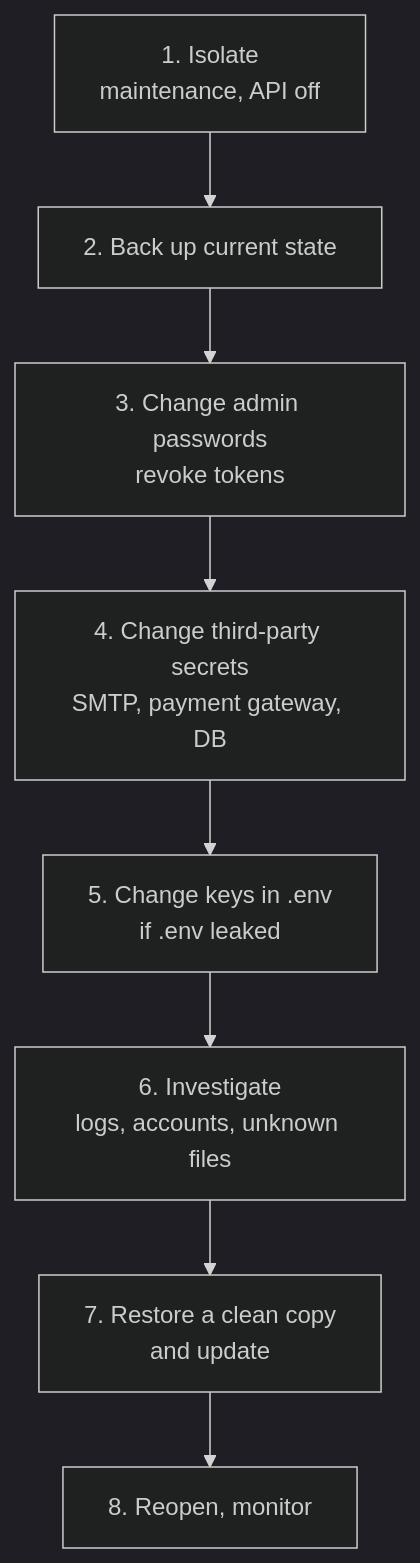
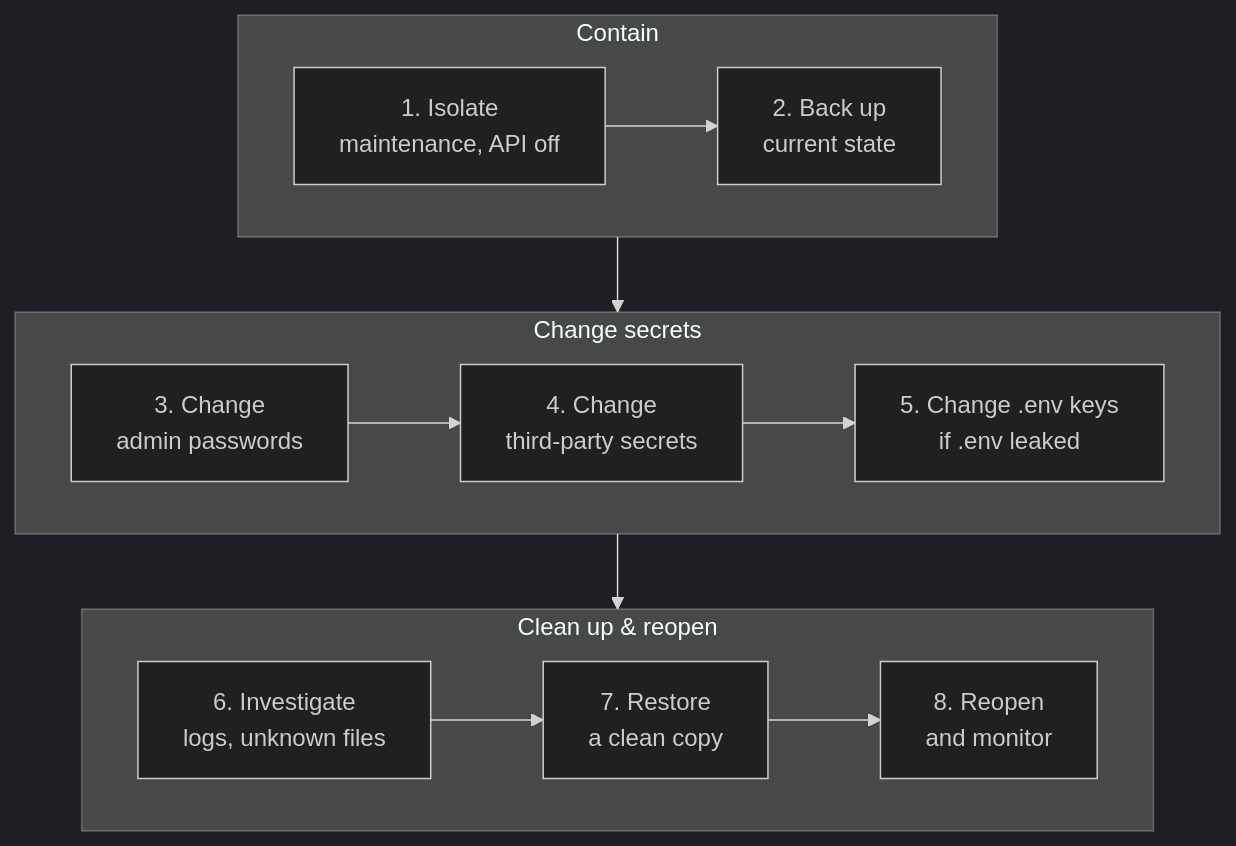
Before and after one commit to gp247net/gp247-docs: the second of 2 diagrams in security/security-updates-and-incidents.md, drawn with Mermaid (dark theme). The commit also changed 44 other files, not shown here.

First line of the commit message:
docs: redraw oversized diagrams in security, API and MCP docs (vi/en/ja)

````diff
--- a/security/security-updates-and-incidents.md
+++ b/security/security-updates-and-incidents.md
@@ -85,10 +85,16 @@
 ```mermaid
-flowchart TD
-    A["1. Isolate<br/>maintenance, API off"] --> B["2. Back up current state"]
-    B --> C["3. Change admin passwords<br/>revoke tokens"]
-    C --> D["4. Change third-party secrets<br/>SMTP, payment gateway, DB"]
-    D --> E["5. Change keys in .env<br/>if .env leaked"]
-    E --> F["6. Investigate<br/>logs, accounts, unknown files"]
-    F --> G["7. Restore a clean copy<br/>and update"]
-    G --> H["8. Reopen, monitor"]
+flowchart TB
+    subgraph S1["Contain"]
+        direction LR
+        A["1. Isolate<br/>maintenance, API off"] --> B["2. Back up<br/>current state"]
+    end
+    subgraph S2["Change secrets"]
+        direction LR
+        C["3. Change<br/>admin passwords"] --> D["4. Change<br/>third-party secrets"] --> E["5. Change .env keys<br/>if .env leaked"]
+    end
+    subgraph S3["Clean up & reopen"]
+        direction LR
+        F["6. Investigate<br/>logs, unknown files"] --> G["7. Restore<br/>a clean copy"] --> H["8. Reopen<br/>and monitor"]
+    end
+    S1 --> S2 --> S3
 ```
````
